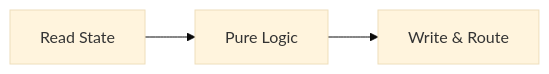
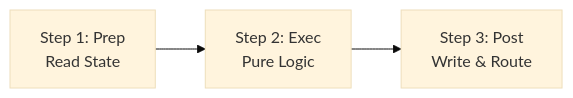
The diagram in README.md (agentstation/pocket), drawn with Mermaid (base theme) before and after one commit.

Commit message:
docs: improve Prep/Exec/Post diagram clarity
- Add step numbers to clearly show the execution order
- Use line breaks in diagram for better readability
- Make the three-phase lifecycle more visually distinct

🤖 Generated with Claude Code

````diff
--- a/README.md
+++ b/README.md
@@ -68,4 +68,4 @@
 ```mermaid
 graph LR
-    Prep[Read State] --> Exec[Pure Logic] --> Post[Write & Route]
+    Prep["Step 1: Prep<br/>Read State"] --> Exec["Step 2: Exec<br/>Pure Logic"] --> Post["Step 3: Post<br/>Write & Route"]
 ```
````
